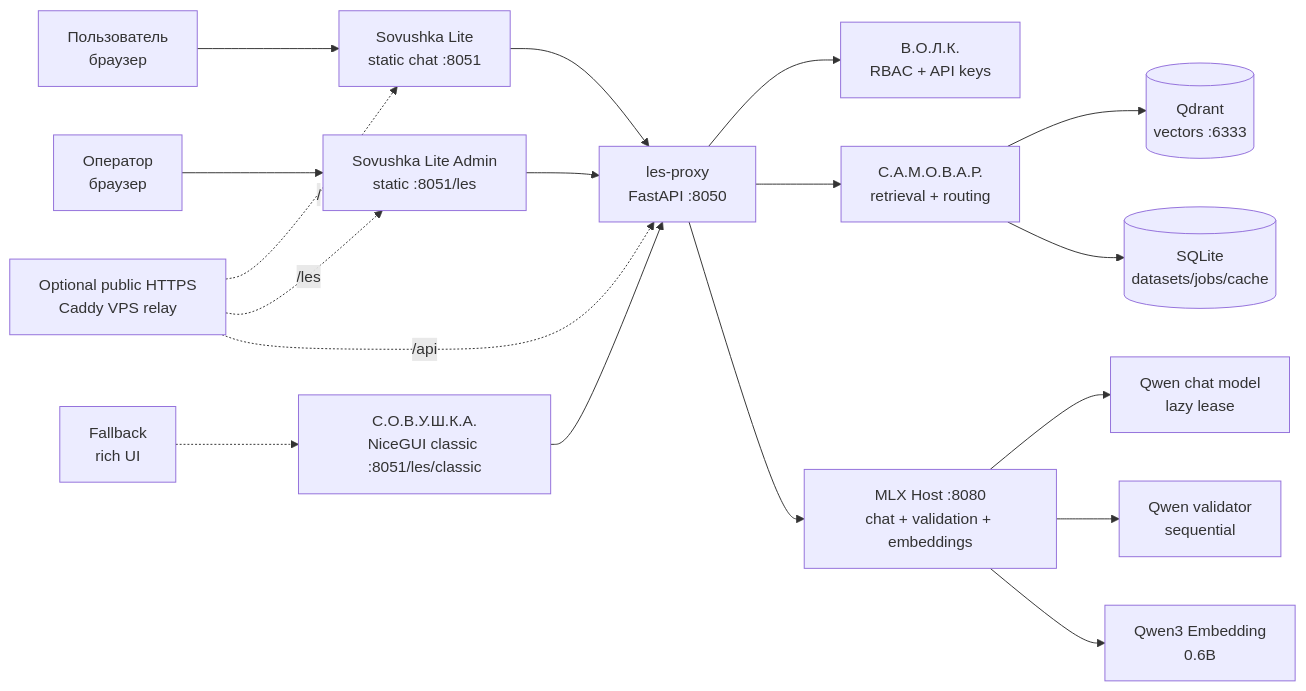
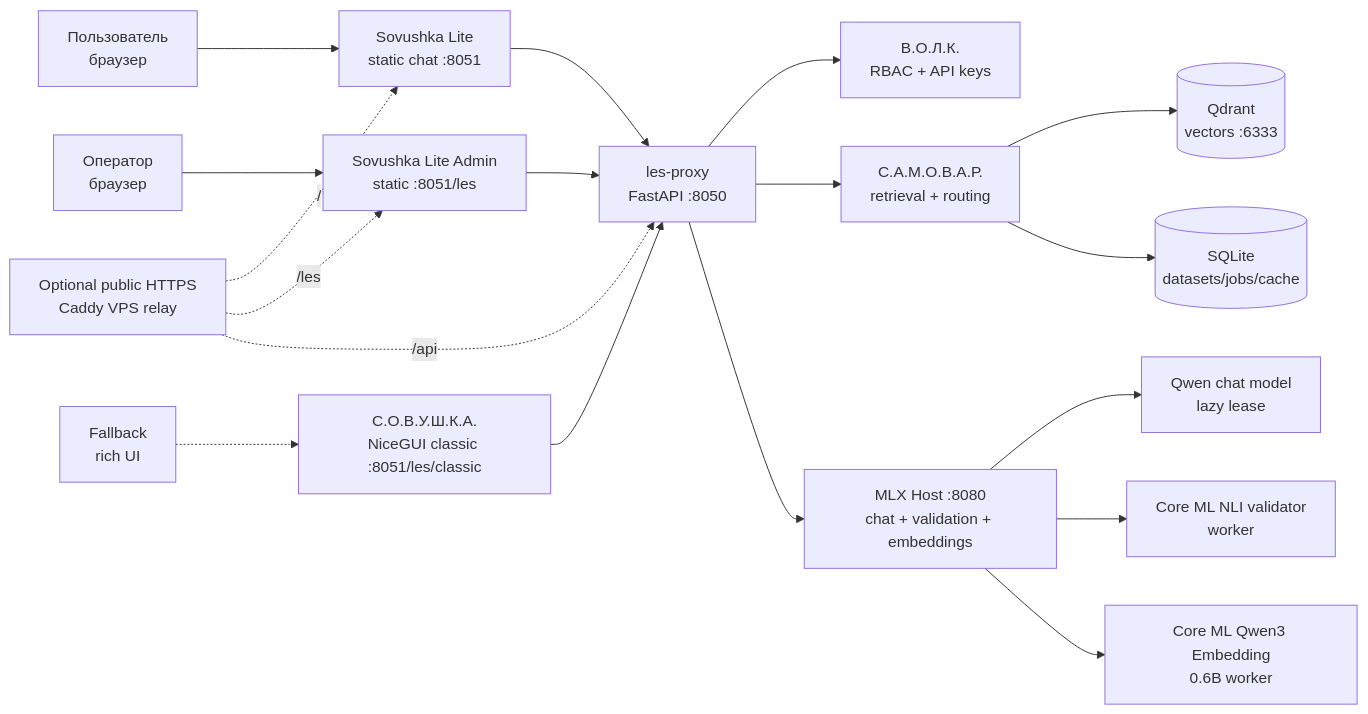
One commit to proovcme/les_rag_public changed the first of 3 diagrams in README.md. Above: the diagram before and after it, drawn with Mermaid. The commit also changed other lines of this file and 73 other files, not shown here.

````diff
--- a/README.md
+++ b/README.md
@@ -33,21 +33,21 @@
 ```mermaid
 flowchart LR
     User[Пользователь<br/>браузер] --> Lite[Sovushka Lite<br/>static chat :8051]
     Admin[Оператор<br/>браузер] --> AdminLite[Sovushka Lite Admin<br/>static :8051/les]
     Classic[Fallback<br/>rich UI] -.-> UI[С.О.В.У.Ш.К.А.<br/>NiceGUI classic :8051/les/classic]
     Lite --> Proxy[les-proxy<br/>FastAPI :8050]
     AdminLite --> Proxy
     UI --> Proxy
     Proxy --> Auth[В.О.Л.К.<br/>RBAC + API keys]
     Proxy --> RAG[С.А.М.О.В.А.Р.<br/>retrieval + routing]
     RAG --> Qdrant[(Qdrant<br/>vectors :6333)]
     RAG --> Meta[(SQLite<br/>datasets/jobs/cache)]
     Proxy --> MLX[MLX Host :8080<br/>chat + validation + embeddings]
     MLX --> Main[Qwen chat model<br/>lazy lease]
-    MLX --> Val[Qwen validator<br/>sequential]
-    MLX --> Embed[Qwen3 Embedding<br/>0.6B]
+    MLX --> Val[Core ML NLI validator<br/>worker]
+    MLX --> Embed[Core ML Qwen3 Embedding<br/>0.6B worker]
 
     Public[Optional public HTTPS<br/>Caddy VPS relay] -. / .-> Lite
     Public -. /les .-> AdminLite
     Public -. /api .-> Proxy
 ```
````
